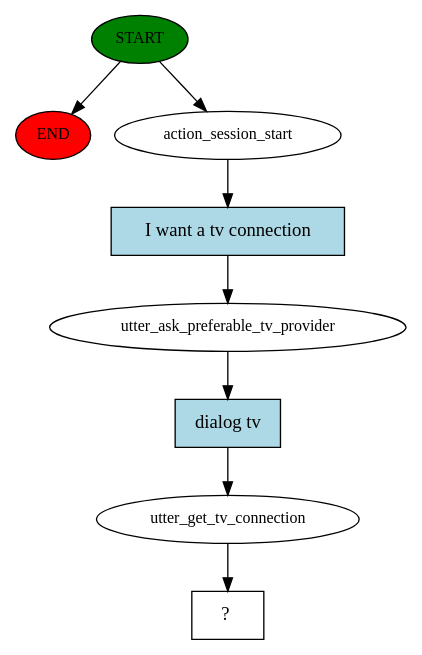
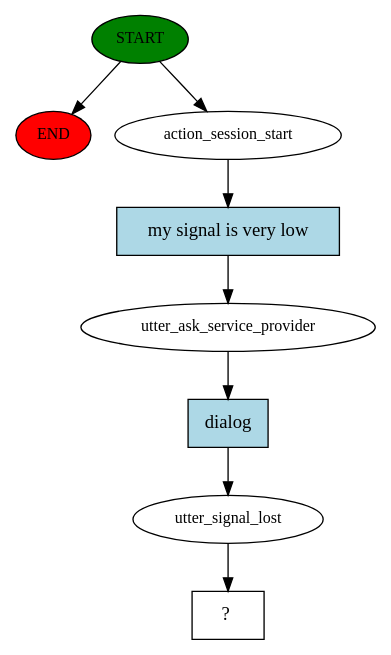
One commit to NLP-based-Chatbot/NLP changed the diagram in Telecommunication/story_graph.dot. Above: the diagram before and after it, drawn with Graphviz. The commit also changed 5 other files, not shown here.

```diff
--- a/Telecommunication/story_graph.dot
+++ b/Telecommunication/story_graph.dot
@@ -1,17 +1,17 @@
 digraph  {
 0 [class="start active", fillcolor=green, fontsize=12, label=START, style=filled];
 "-1" [class=end, fillcolor=red, fontsize=12, label=END, style=filled];
 1 [class=active, fontsize=12, label=action_session_start];
-2 [class=active, fontsize=12, label=utter_ask_preferable_tv_provider];
-3 [class=active, fontsize=12, label=utter_get_tv_connection];
+2 [class=active, fontsize=12, label=utter_ask_service_provider];
+3 [class=active, fontsize=12, label=utter_signal_lost];
 4 [class="intent dashed active", label="  ?  ", shape=rect];
-5 [class="intent active", fillcolor=lightblue, label="I want a tv connection", shape=rect, style=filled];
-6 [class="intent active", fillcolor=lightblue, label="dialog tv", shape=rect, style=filled];
+5 [class="intent active", fillcolor=lightblue, label="my signal is very low", shape=rect, style=filled];
+6 [class="intent active", fillcolor=lightblue, label=dialog, shape=rect, style=filled];
 0 -> "-1"  [class="", key=NONE, label=""];
 0 -> 1  [class=active, key=NONE, label=""];
 1 -> 5  [class=active, key=0];
 2 -> 6  [class=active, key=0];
 3 -> 4  [class=active, key=NONE, label=""];
 5 -> 2  [class=active, key=0];
 6 -> 3  [class=active, key=0];
 }
```
